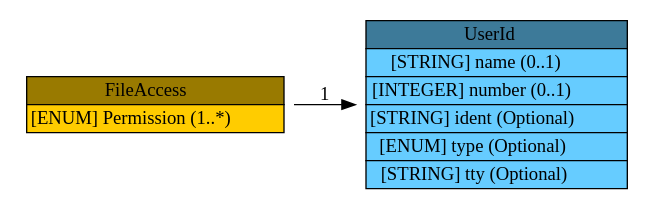
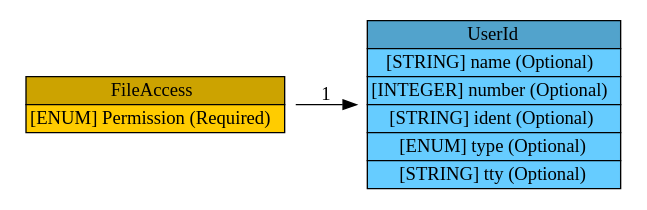
The diagram in idmef/graph/FileAccess.dot (Moutix/idmef_parser), drawn with Graphviz before and after one commit. The commit also changed 197 other files, not shown here.

Commit message:
Update Graphs

```diff
--- a/idmef/graph/FileAccess.dot
+++ b/idmef/graph/FileAccess.dot
@@ -1,8 +1,19 @@
 digraph FileAccess {
-	graph [rankdir=LR];
+	graph [bb="0,0,458,134",
+		rankdir=LR
+	];
 	node [label="\N"];
-	graph [bb="0,0,452,128"];
-	FileAccess [label=<<table BORDER="0" CELLBORDER="1" CELLSPACING="0"> <tr > <td BGCOLOR="#997a00" HREF="#" TITLE="The FileAccess class represents the access permissions on a file. The representation is intended to be useful across operating systems. ">FileAccess</td> </tr>" %<tr><td BGCOLOR="#FFCC00" HREF="#" TITLE="Level of access allowed.  The permitted values are shown below.  There is no default value.  (See also Section 10.)">[ENUM] Permission (1..*) </td></tr>%</table>>, shape=plaintext, pos="100,64", width="2.75", height="0.68056"];
-	UserId [label=<<table BORDER="0" CELLBORDER="1" CELLSPACING="0"> <tr > <td BGCOLOR="#3d7a99" HREF="#" TITLE="The UserId class provides specific information about a user. More than one UserId can be used within the User class to indicate attempts to transition from one user to another, or to provide complete information about a user&#39;s (or process&#39;) privileges. ">UserId</td> </tr>" %<tr><td BGCOLOR="#66CCFF" HREF="#" TITLE="A user or group name.">[STRING] name (0..1) </td></tr>%<tr><td BGCOLOR="#66CCFF" HREF="#" TITLE="A user or group number.">[INTEGER] number (0..1) </td></tr>%<tr><td BGCOLOR="#66CCFF" HREF="#" TITLE="A unique identifier for the user id, see Section 3.2.9.">[STRING] ident (Optional) </td></tr>%<tr><td BGCOLOR="#66CCFF" HREF="#" TITLE="The type of user information represented.  The permitted values for this attribute are shown below.  The default value is &quot;original-user&quot;.  (See also Section 10.)">[ENUM] type (Optional) </td></tr>%<tr><td BGCOLOR="#66CCFF" HREF="#" TITLE="The tty the user is using.">[STRING] tty (Optional) </td></tr>%</table>>, shape=plaintext, pos="349,64", width="2.8611", height="1.7917"];
-	FileAccess -> UserId [label=1, pos="e,245.88,64 199.84,64 211.68,64 223.83,64 235.84,64", lp="223,72.5"];
+	FileAccess	 [height=0.69444,
+		label=<<table BORDER="0" CELLBORDER="1" CELLSPACING="0"> <tr> <td BGCOLOR="#cca300" HREF="#" TITLE="The FileAccess class represents the access permissions on a file. The representation is intended to be useful across operating systems. "><FONT FACE="Nimbus Sans L">FileAccess</FONT></td> </tr>" %<tr><td BGCOLOR="#FFCC00"  HREF="#" TITLE="Level of access allowed.  The permitted values are shown below.  There is no default value.  (See also Section 10.)"><FONT FACE="Nimbus Sans L">[ENUM] Permission (Required)</FONT></td></tr>%</table>>,
+		pos="104.5,67",
+		shape=plaintext,
+		width=2.9028];
+	UserId	 [height=1.8611,
+		label=<<table BORDER="0" CELLBORDER="1" CELLSPACING="0"> <tr> <td BGCOLOR="#52a3cc" HREF="#" TITLE="The UserId class provides specific information about a user. More than one UserId can be used within the User class to indicate attempts to transition from one user to another, or to provide complete information about a user&#39;s (or process&#39;) privileges. "><FONT FACE="Nimbus Sans L">UserId</FONT></td> </tr>" %<tr><td BGCOLOR="#66CCFF"  HREF="#" TITLE="A user or group name."><FONT FACE="Nimbus Sans L">[STRING] name (Optional)</FONT></td></tr>%<tr><td BGCOLOR="#66CCFF"  HREF="#" TITLE="A user or group number."><FONT FACE="Nimbus Sans L">[INTEGER] number (Optional)</FONT></td></tr>%<tr><td BGCOLOR="#66CCFF"  HREF="#" TITLE="A unique identifier for the user id, see Section 3.2.9."><FONT FACE="Nimbus Sans L">[STRING] ident (Optional)</FONT></td></tr>%<tr><td BGCOLOR="#66CCFF"  HREF="#" TITLE="The type of user information represented.  The permitted values for this attribute are shown below.  The default value is &quot;original-user&quot;.  (See also Section 10.)"><FONT FACE="Nimbus Sans L">[ENUM] type (Optional)</FONT></td></tr>%<tr><td BGCOLOR="#66CCFF"  HREF="#" TITLE="The tty the user is using."><FONT FACE="Nimbus Sans L">[STRING] tty (Optional)</FONT></td></tr>%</table>>,
+		pos="355.5,67",
+		shape=plaintext,
+		width=2.8472];
+	FileAccess -> UserId	 [label=1,
+		lp="231,74.5",
+		pos="e,252.65,67 209.13,67 220.15,67 231.39,67 242.5,67"];
 }
```
